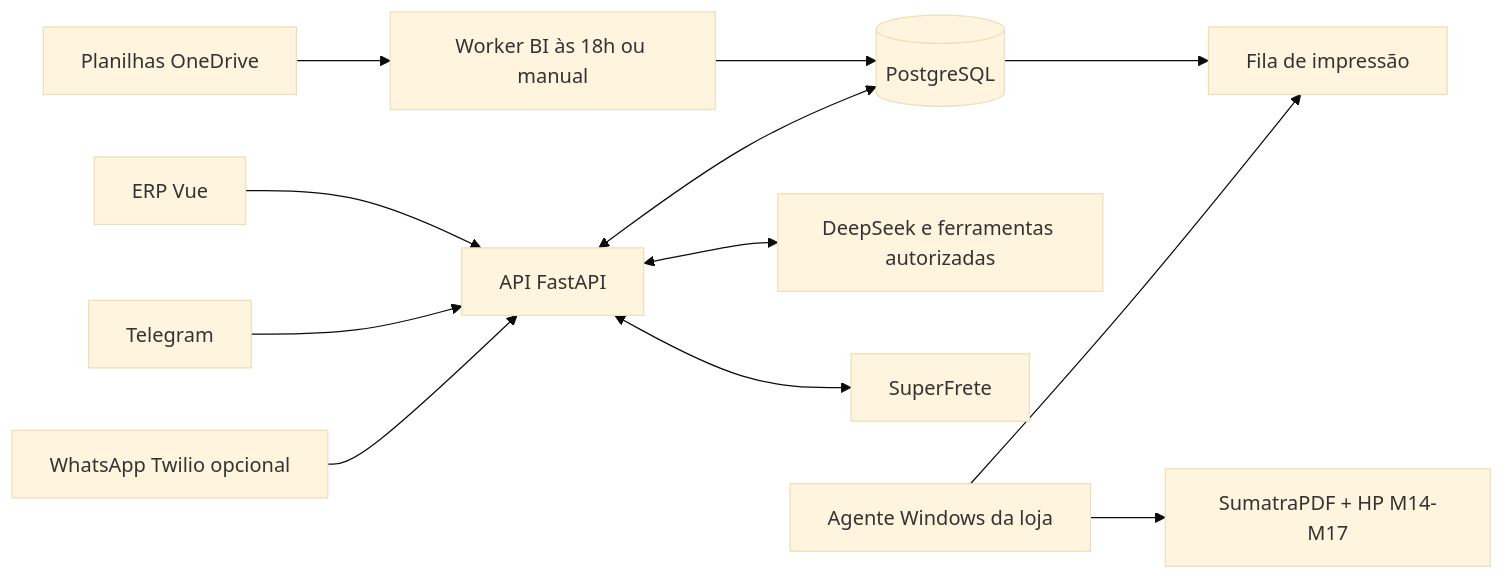
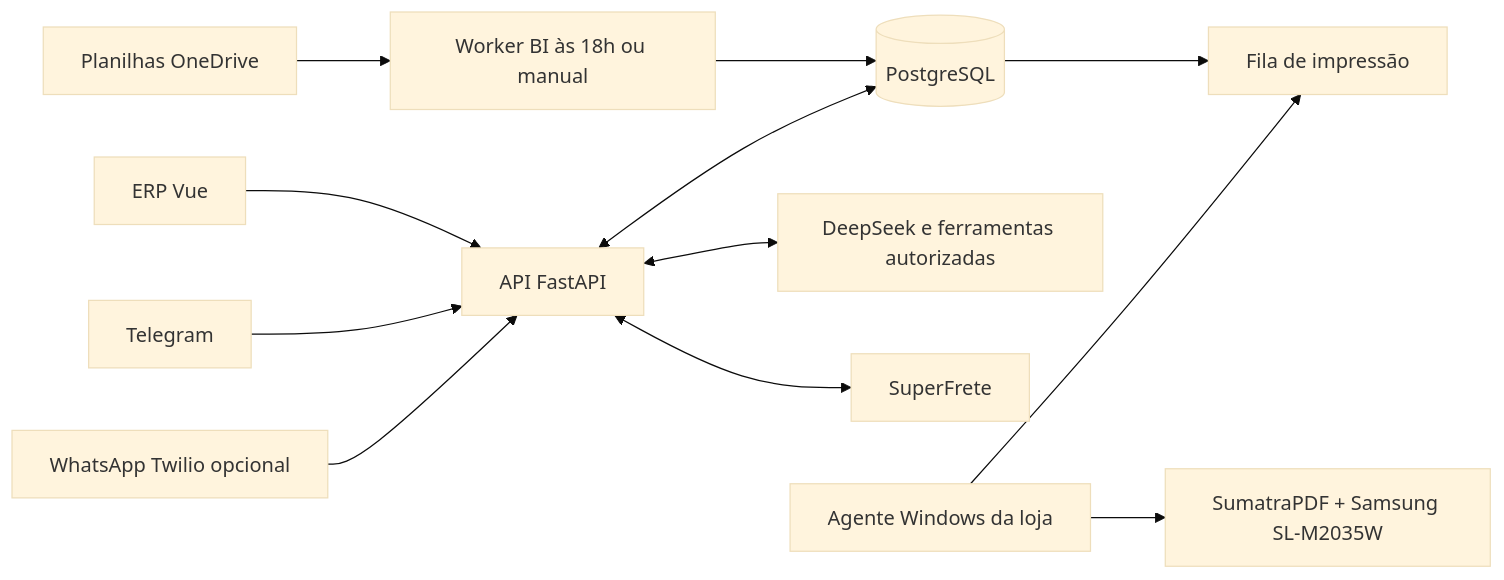
Before and after one commit to ferreiraluc/erp-eleven: the diagram in README.md, drawn with Mermaid (base theme). The commit also changed 16 other files, not shown here.

````diff
--- a/README.md
+++ b/README.md
@@ -45,14 +45,14 @@
 ```mermaid
 flowchart LR
     UI[ERP Vue] --> API[API FastAPI]
     TG[Telegram] --> API
     WA[WhatsApp Twilio opcional] --> API
     API <--> DB[(PostgreSQL)]
     API <--> IA[DeepSeek e ferramentas autorizadas]
     OD[Planilhas OneDrive] --> BI[Worker BI às 18h ou manual]
     BI --> DB
     API <--> SF[SuperFrete]
     DB --> Fila[Fila de impressão]
     Windows[Agente Windows da loja] --> Fila
-    Windows --> Sumatra[SumatraPDF + HP M14-M17]
+    Windows --> Sumatra[SumatraPDF + Samsung SL-M2035W]
 ```
````
